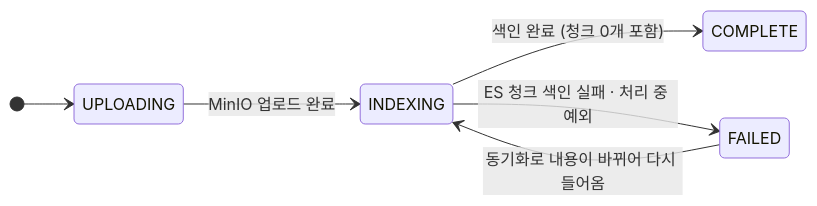
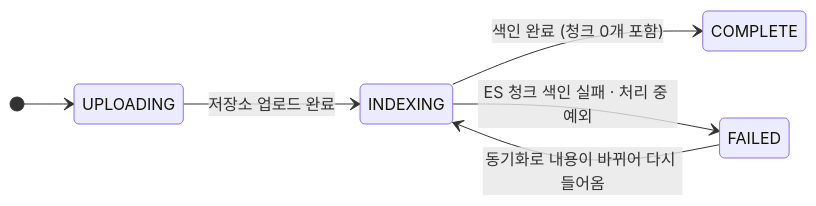
One commit to as950118/satc-docs-portal changed the eighth of 8 diagrams in docs/architecture.md. Above: the diagram before and after it, drawn with Mermaid. The commit also changed other lines of this file and 5 other files, not shown here.

````diff
--- a/docs/architecture.md
+++ b/docs/architecture.md
@@ -177,9 +177,9 @@
 ```mermaid
 stateDiagram-v2
   direction LR
   [*] --> UPLOADING
-  UPLOADING --> INDEXING: MinIO 업로드 완료
+  UPLOADING --> INDEXING: 저장소 업로드 완료
   INDEXING --> COMPLETE: 색인 완료 (청크 0개 포함)
   INDEXING --> FAILED: ES 청크 색인 실패 · 처리 중 예외
   FAILED --> INDEXING: 동기화로 내용이 바뀌어 다시 들어옴
 ```
````
